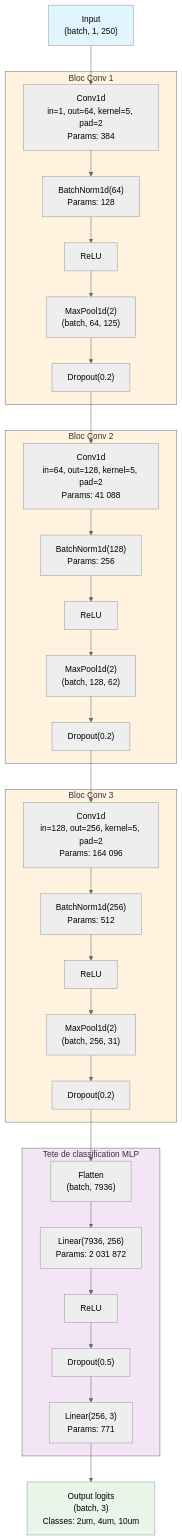
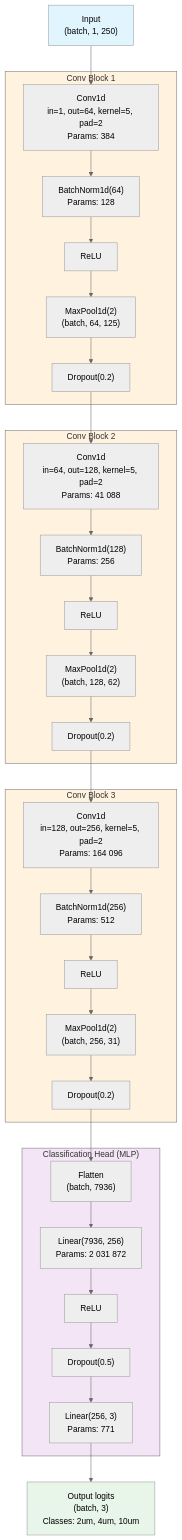
The first of 3 diagrams in architecture_et_entrainement.md (juju27fun/SMI_CNN_limitations), drawn with Mermaid (neutral theme) before and after one commit. The commit also changed other lines of this file and 49 other files, not shown here.

````diff
--- a/architecture_et_entrainement.md
+++ b/architecture_et_entrainement.md
@@ -7,51 +7,51 @@
 ```mermaid
 graph TD
     INPUT["Input<br/>(batch, 1, 250)"]
 
-    subgraph BLOC1["Bloc Conv 1"]
+    subgraph BLOC1["Conv Block 1"]
         CONV1["Conv1d<br/>in=1, out=64, kernel=5, pad=2<br/>Params: 384"]
         BN1["BatchNorm1d(64)<br/>Params: 128"]
         RELU1["ReLU"]
         POOL1["MaxPool1d(2)<br/>(batch, 64, 125)"]
         DROP1["Dropout(0.2)"]
     end
 
-    subgraph BLOC2["Bloc Conv 2"]
+    subgraph BLOC2["Conv Block 2"]
         CONV2["Conv1d<br/>in=64, out=128, kernel=5, pad=2<br/>Params: 41 088"]
         BN2["BatchNorm1d(128)<br/>Params: 256"]
         RELU2["ReLU"]
         POOL2["MaxPool1d(2)<br/>(batch, 128, 62)"]
         DROP2["Dropout(0.2)"]
     end
 
-    subgraph BLOC3["Bloc Conv 3"]
+    subgraph BLOC3["Conv Block 3"]
         CONV3["Conv1d<br/>in=128, out=256, kernel=5, pad=2<br/>Params: 164 096"]
         BN3["BatchNorm1d(256)<br/>Params: 512"]
         RELU3["ReLU"]
         POOL3["MaxPool1d(2)<br/>(batch, 256, 31)"]
         DROP3["Dropout(0.2)"]
     end
 
-    subgraph MLP["Tete de classification MLP"]
+    subgraph MLP["Classification Head (MLP)"]
         FLAT["Flatten<br/>(batch, 7936)"]
         FC1["Linear(7936, 256)<br/>Params: 2 031 872"]
         RELU_FC["ReLU"]
         DROP_FC["Dropout(0.5)"]
         FC2["Linear(256, 3)<br/>Params: 771"]
     end
 
     OUTPUT["Output logits<br/>(batch, 3)<br/>Classes: 2um, 4um, 10um"]
 
     INPUT --> CONV1 --> BN1 --> RELU1 --> POOL1 --> DROP1
     DROP1 --> CONV2 --> BN2 --> RELU2 --> POOL2 --> DROP2
     DROP2 --> CONV3 --> BN3 --> RELU3 --> POOL3 --> DROP3
     DROP3 --> FLAT --> FC1 --> RELU_FC --> DROP_FC --> FC2
     FC2 --> OUTPUT
 
     style INPUT fill:#e1f5fe
     style OUTPUT fill:#e8f5e9
     style BLOC1 fill:#fff3e0
     style BLOC2 fill:#fff3e0
     style BLOC3 fill:#fff3e0
     style MLP fill:#f3e5f5
 ```
````
